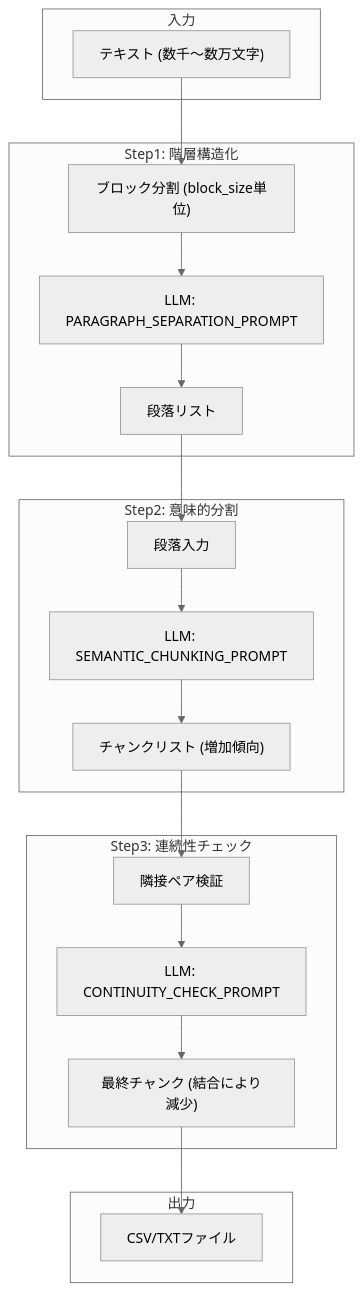
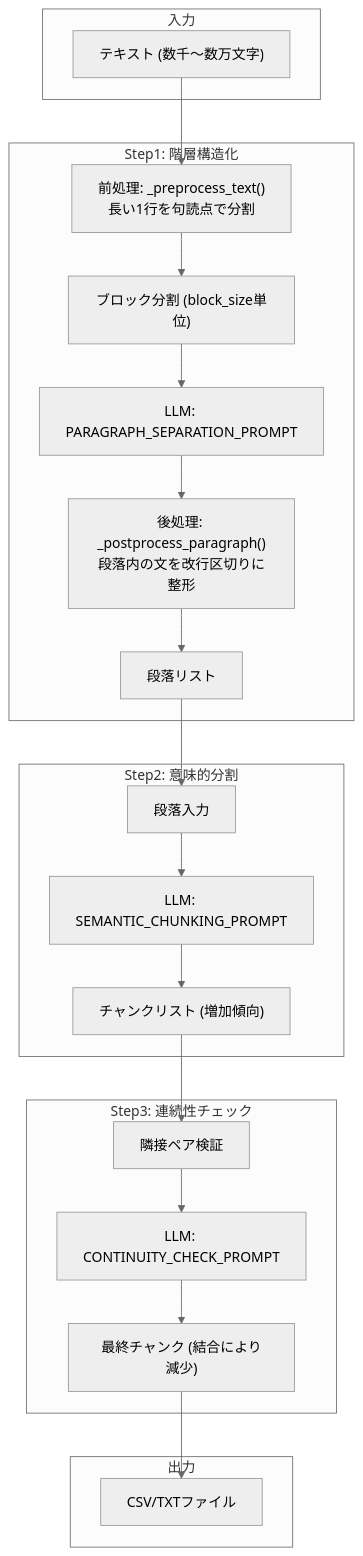
The third of 7 diagrams in chunking/doc/csv_text_to_chunks_text_csv.md (nakashima2toshio/gemini_grace_agent), drawn with Mermaid (neutral theme) before and after one commit. The commit also changed other lines of this file and 4 other files, not shown here.

````diff
--- a/chunking/doc/csv_text_to_chunks_text_csv.md
+++ b/chunking/doc/csv_text_to_chunks_text_csv.md
@@ -156,36 +158,38 @@
 ```mermaid
 flowchart TB
     subgraph INPUT["入力"]
         TEXT["テキスト (数千〜数万文字)"]
     end
 
     subgraph STEP1["Step1: 階層構造化"]
+        S1_PRE["前処理: _preprocess_text()<br/>長い1行を句読点で分割"]
         S1_IN["ブロック分割 (block_size単位)"]
         S1_LLM["LLM: PARAGRAPH_SEPARATION_PROMPT"]
+        S1_POST["後処理: _postprocess_paragraph()<br/>段落内の文を改行区切りに整形"]
         S1_OUT["段落リスト"]
-        S1_IN --> S1_LLM --> S1_OUT
+        S1_PRE --> S1_IN --> S1_LLM --> S1_POST --> S1_OUT
     end
 
     subgraph STEP2["Step2: 意味的分割"]
         S2_IN["段落入力"]
         S2_LLM["LLM: SEMANTIC_CHUNKING_PROMPT"]
         S2_OUT["チャンクリスト (増加傾向)"]
         S2_IN --> S2_LLM --> S2_OUT
     end
 
     subgraph STEP3["Step3: 連続性チェック"]
         S3_IN["隣接ペア検証"]
         S3_LLM["LLM: CONTINUITY_CHECK_PROMPT"]
         S3_OUT["最終チャンク (結合により減少)"]
         S3_IN --> S3_LLM --> S3_OUT
     end
 
     subgraph OUTPUT["出力"]
         CSV["CSV/TXTファイル"]
     end
 
-    TEXT --> S1_IN
+    TEXT --> S1_PRE
     S1_OUT --> S2_IN
     S2_OUT --> S3_IN
     S3_OUT --> CSV
 ```
````
